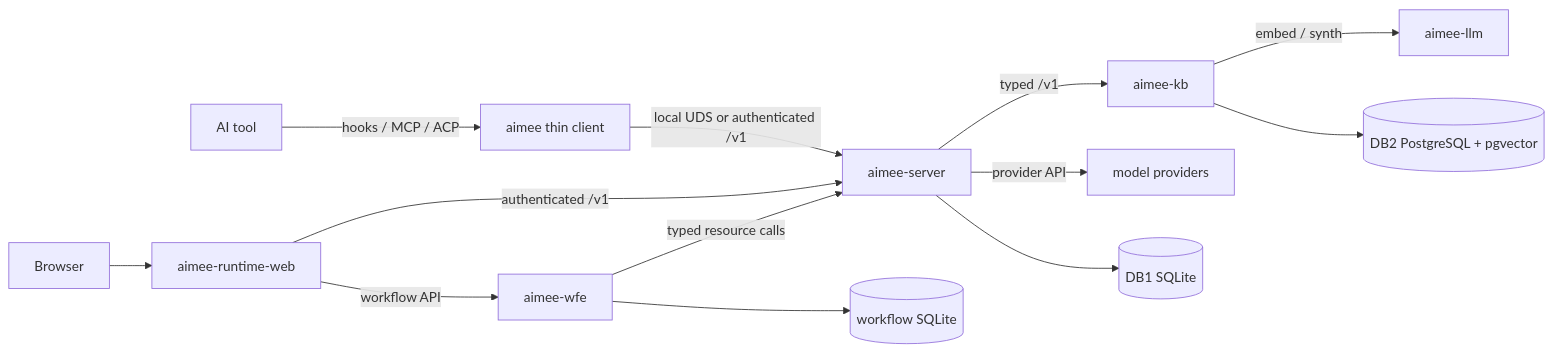
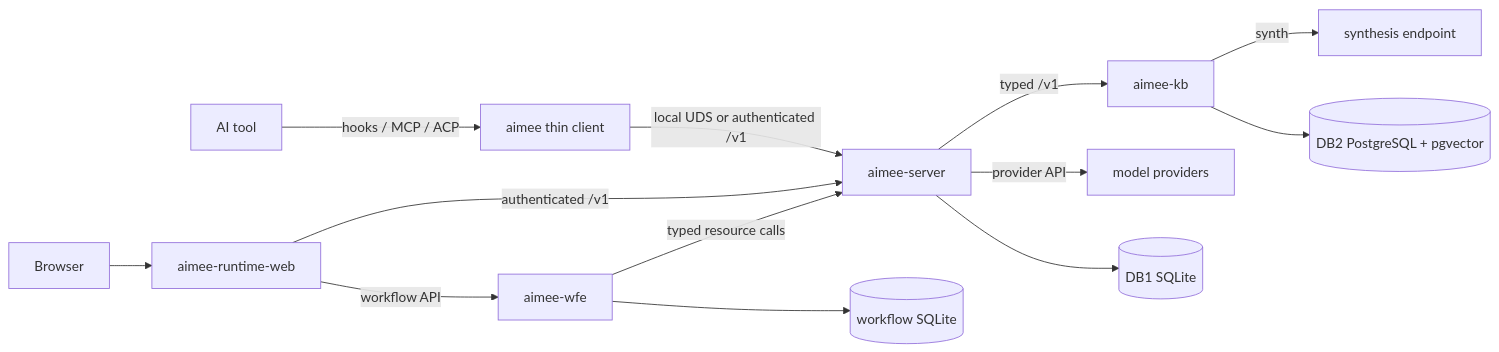
The first of 2 diagrams in docs/ARCHITECTURE.md (RakuenSoftware/aimee), drawn with Mermaid before and after one commit. The commit also changed other lines of this file and 29 other files, not shown here.

````diff
--- a/docs/ARCHITECTURE.md
+++ b/docs/ARCHITECTURE.md
@@ -9,15 +9,15 @@
 ```mermaid
 flowchart LR
     T[AI tool] -->|hooks / MCP / ACP| C[aimee thin client]
     B[Browser] --> W[aimee-runtime-web]
     C -->|local UDS or authenticated /v1| S[aimee-server]
     W -->|authenticated /v1| S
     W -->|workflow API| F[aimee-wfe]
     F -->|typed resource calls| S
     S -->|typed /v1| K[aimee-kb]
     S -->|provider API| P[model providers]
-    K -->|embed / synth| L[aimee-llm]
+    K -->|synth| L[synthesis endpoint]
     S --> D1[(DB1 SQLite)]
     F --> WF[(workflow SQLite)]
     K --> D2[(DB2 PostgreSQL + pgvector)]
 ```
````
